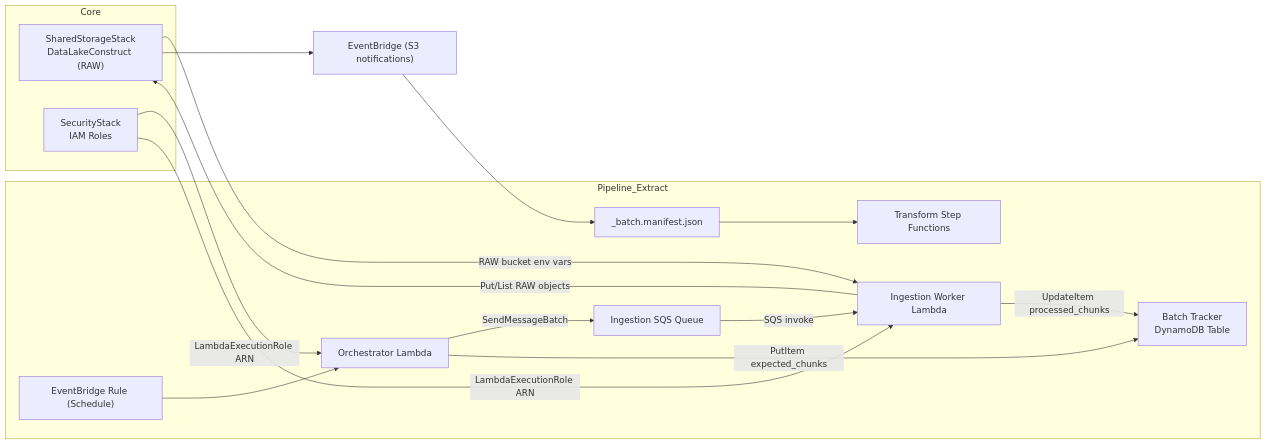
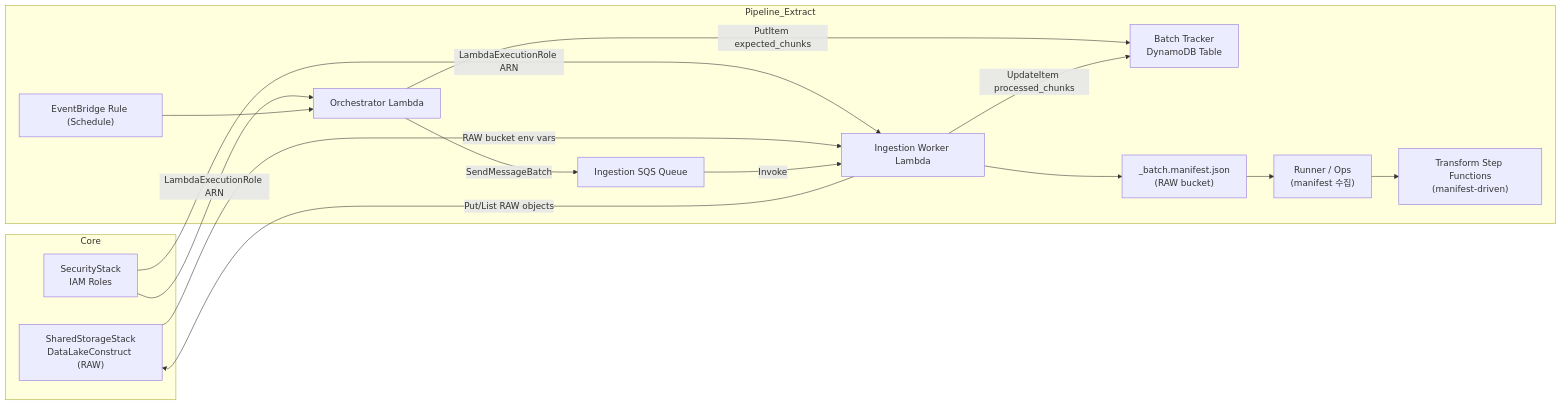
Before and after one commit to keemgdeok/fin-forge-pipeline: the diagram in docs/diagrams/extract/01-components.md, drawn with Mermaid. The commit also changed 35 other files, not shown here.

Commit message:
docs: refresh diagrams

````diff
--- a/docs/diagrams/extract/01-components.md
+++ b/docs/diagrams/extract/01-components.md
@@ -1,28 +1,30 @@
 ```mermaid
 graph LR
   subgraph Core
     SS["SharedStorageStack<br/>DataLakeConstruct (RAW)"]
     SEC["SecurityStack<br/>IAM Roles"]
   end
   subgraph Pipeline_Extract
     EV["EventBridge Rule (Schedule)"]
     ORC["Orchestrator Lambda"]
     SQS["Ingestion SQS Queue"]
     WRK["Ingestion Worker Lambda"]
     DDB["Batch Tracker<br/>DynamoDB Table"]
-    MAN["_batch.manifest.json"]
-    SFN["Transform Step Functions"]
+    MAN["_batch.manifest.json<br/>(RAW bucket)"]
+    OPS["Runner / Ops<br/>(manifest 수집)"]
+    SFN["Transform Step Functions<br/>(manifest-driven)"]
   end
+
   SEC -->|LambdaExecutionRole ARN| ORC
   SEC -->|LambdaExecutionRole ARN| WRK
   SS -->|RAW bucket env vars| WRK
   EV --> ORC
   ORC -->|SendMessageBatch| SQS
   ORC -->|PutItem expected_chunks| DDB
-  SQS -->|SQS invoke| WRK
+  SQS -->|Invoke| WRK
   WRK -->|Put/List RAW objects| SS
   WRK -->|UpdateItem processed_chunks| DDB
-  SS --> EB["EventBridge (S3 notifications)"]
-  EB --> MAN
-  MAN --> SFN
+  WRK --> MAN
+  MAN --> OPS
+  OPS --> SFN
 ```
````
